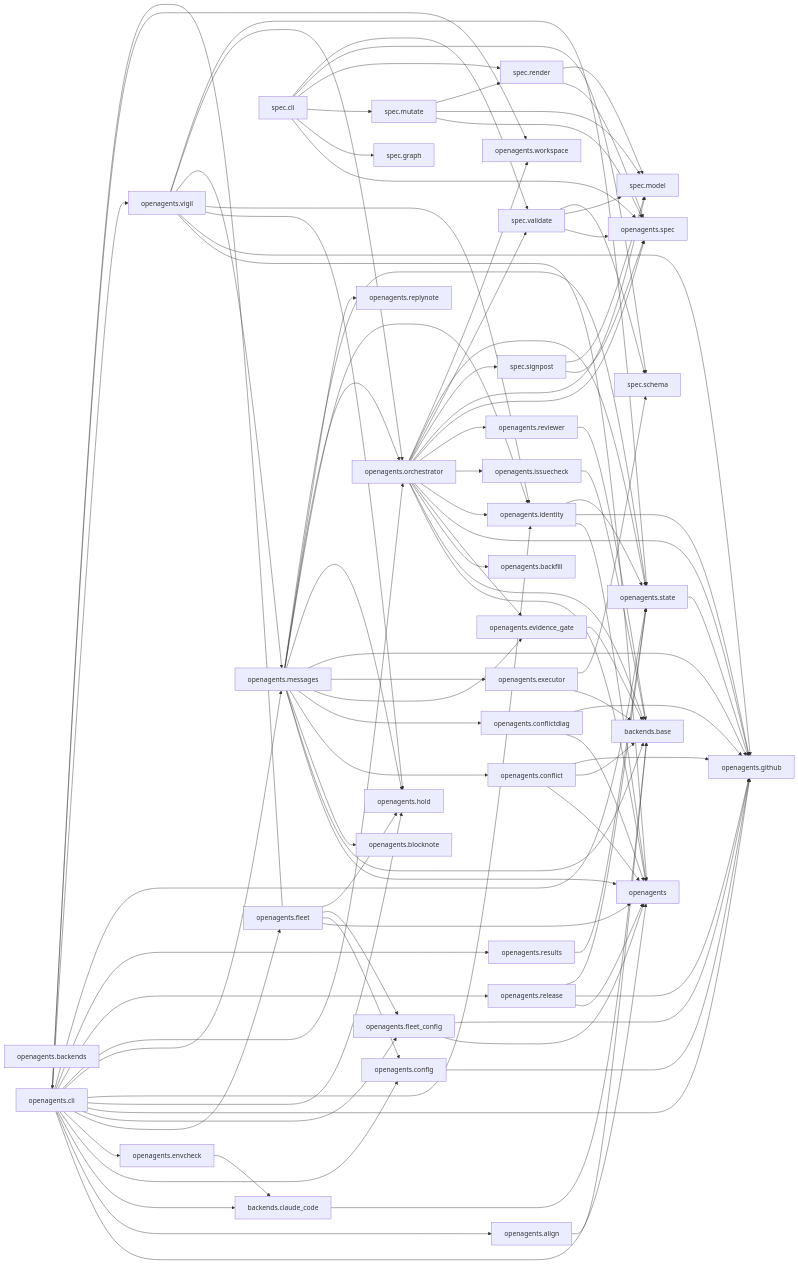
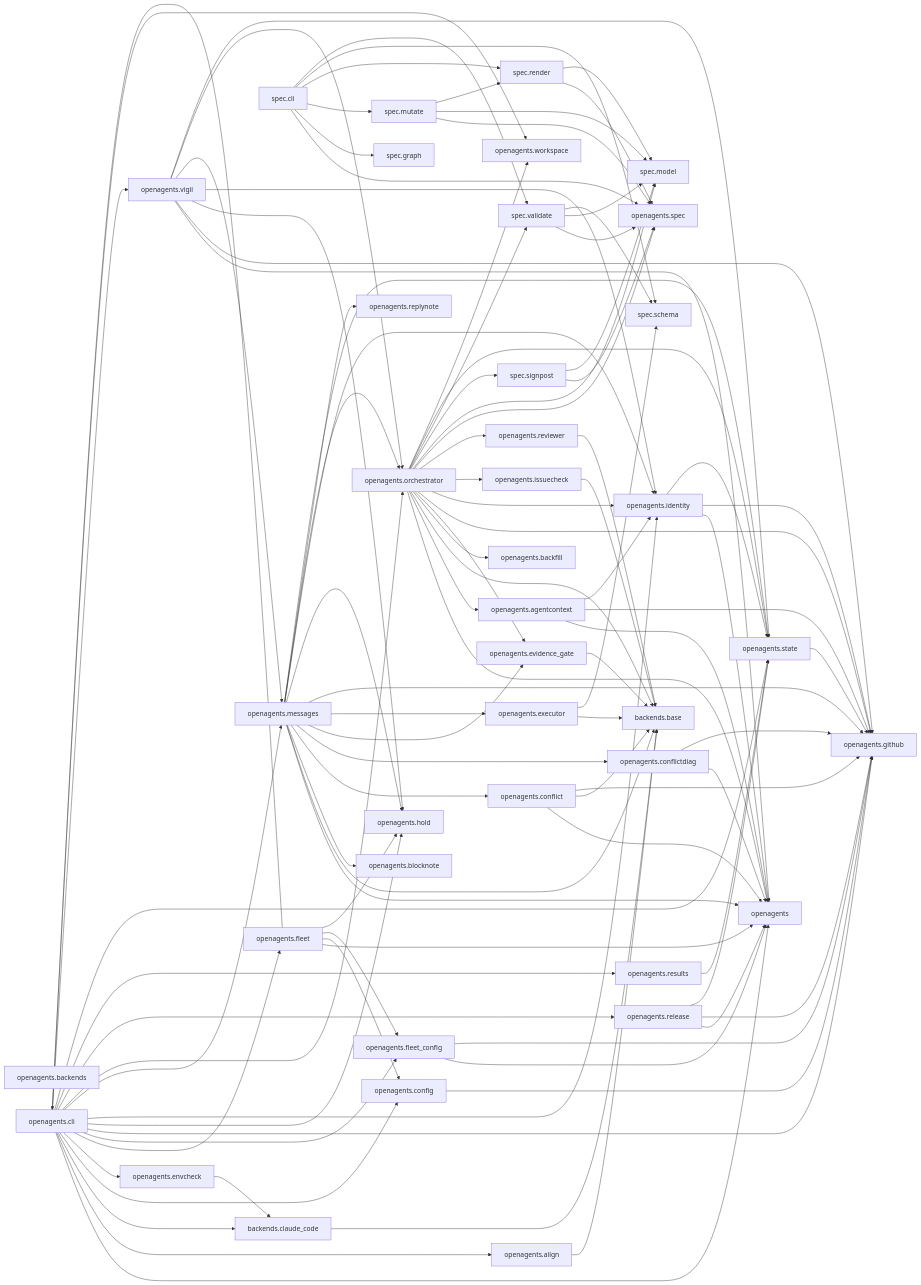
The diagram in docs/specs/ARCHITECTURE.md (Curry09/OpenAgents), drawn with Mermaid before and after one commit. The commit also changed other lines of this file and 12 other files, not shown here.

````diff
--- a/docs/specs/ARCHITECTURE.md
+++ b/docs/specs/ARCHITECTURE.md
@@ -68,6 +69,7 @@
 ```mermaid
 graph LR
     nopenagents["openagents"]
+    nopenagents_agentcontext["openagents.agentcontext"]
     nopenagents_align["openagents.align"]
     nopenagents_backends["openagents.backends"]
     nopenagents_backends_base["backends.base"]
@@ -105,6 +107,9 @@
     nopenagents_state["openagents.state"]
     nopenagents_vigil["openagents.vigil"]
     nopenagents_workspace["openagents.workspace"]
+    nopenagents_agentcontext --> nopenagents
+    nopenagents_agentcontext --> nopenagents_github
+    nopenagents_agentcontext --> nopenagents_identity
     nopenagents_align --> nopenagents_backends_base
     nopenagents_backends_claude_code --> nopenagents_backends_base
     nopenagents_cli --> nopenagents
@@ -159,6 +164,7 @@
     nopenagents_messages --> nopenagents_replynote
     nopenagents_messages --> nopenagents_state
     nopenagents_orchestrator --> nopenagents
+    nopenagents_orchestrator --> nopenagents_agentcontext
     nopenagents_orchestrator --> nopenagents_backends_base
     nopenagents_orchestrator --> nopenagents_backfill
     nopenagents_orchestrator --> nopenagents_evidence_gate
````
